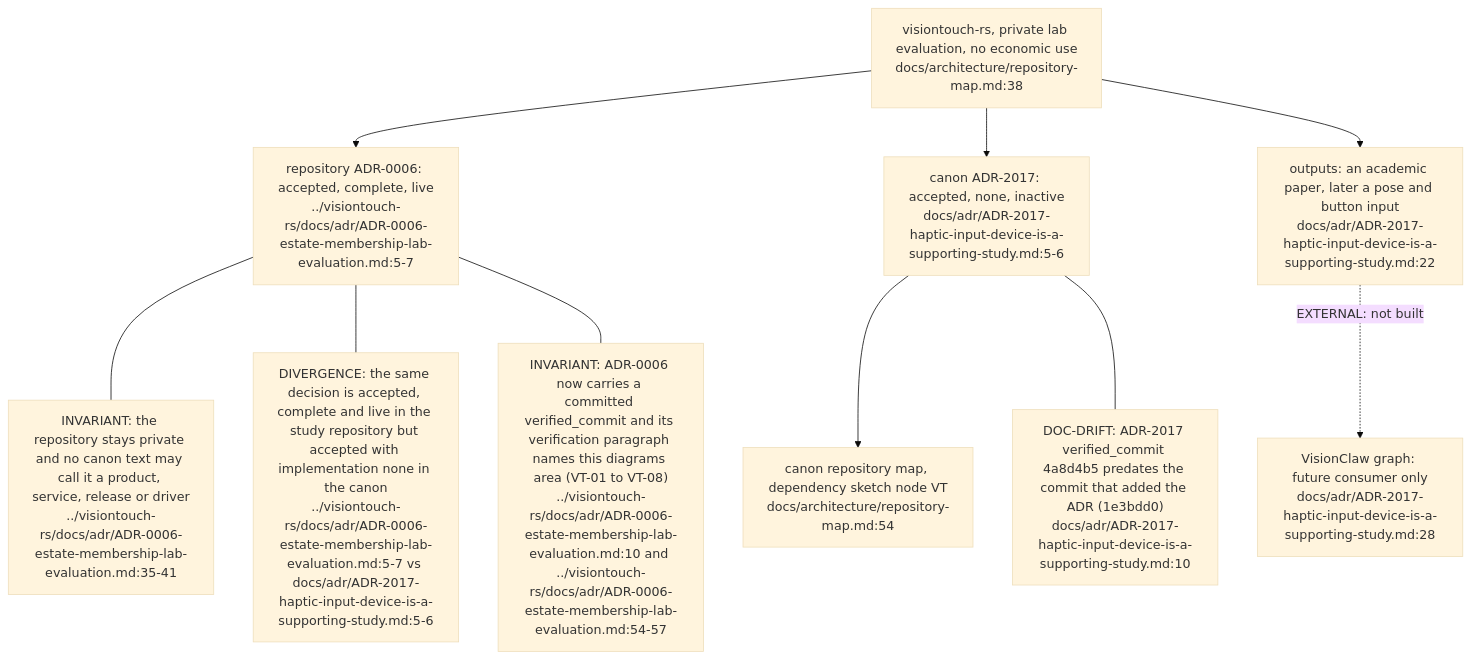
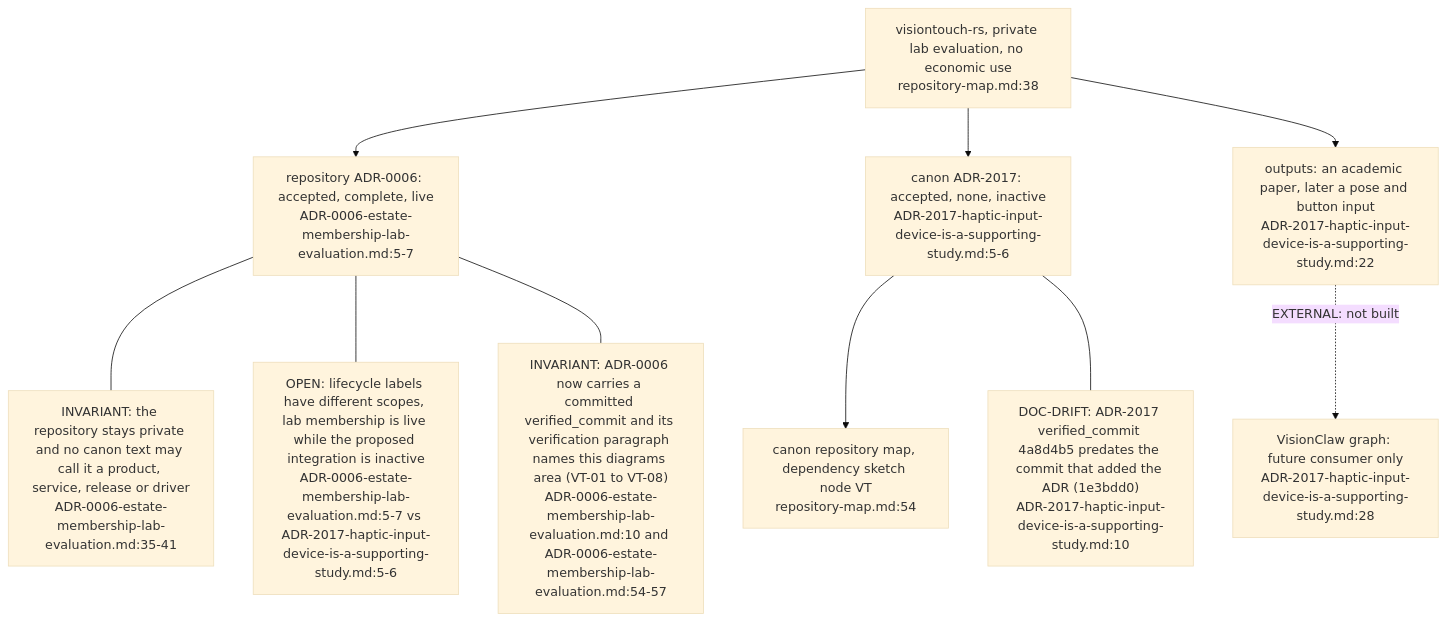
The first of 4 diagrams in docs/diagrams/visiontouch-rs/07-estate-position-and-future-visionclaw-grab-path.md (DreamLab-AI/VisionFlow), drawn with Mermaid (base theme) before and after one commit. The commit also changed other lines of this file and 27 other files, not shown here.

````diff
--- a/docs/diagrams/visiontouch-rs/07-estate-position-and-future-visionclaw-grab-path.md
+++ b/docs/diagrams/visiontouch-rs/07-estate-position-and-future-visionclaw-grab-path.md
@@ -35,22 +37,22 @@
 ```mermaid
 flowchart TB
-    HR["visiontouch-rs, private lab evaluation, no economic use<br/>docs/architecture/repository-map.md:38"]
-    A6["repository ADR-0006: accepted, complete, live<br/>../visiontouch-rs/docs/adr/ADR-0006-estate-membership-lab-evaluation.md:5-7"]
-    A17["canon ADR-2017: accepted, none, inactive<br/>docs/adr/ADR-2017-haptic-input-device-is-a-supporting-study.md:5-6"]
-    MAP["canon repository map, dependency sketch node VT<br/>docs/architecture/repository-map.md:54"]
-    VC["VisionClaw graph: future consumer only<br/>docs/adr/ADR-2017-haptic-input-device-is-a-supporting-study.md:28"]
-    OUT["outputs: an academic paper, later a pose and button input<br/>docs/adr/ADR-2017-haptic-input-device-is-a-supporting-study.md:22"]
+    HR["visiontouch-rs, private lab evaluation, no economic use<br/>repository-map.md:38"]
+    A6["repository ADR-0006: accepted, complete, live<br/>ADR-0006-estate-membership-lab-evaluation.md:5-7"]
+    A17["canon ADR-2017: accepted, none, inactive<br/>ADR-2017-haptic-input-device-is-a-supporting-study.md:5-6"]
+    MAP["canon repository map, dependency sketch node VT<br/>repository-map.md:54"]
+    VC["VisionClaw graph: future consumer only<br/>ADR-2017-haptic-input-device-is-a-supporting-study.md:28"]
+    OUT["outputs: an academic paper, later a pose and button input<br/>ADR-2017-haptic-input-device-is-a-supporting-study.md:22"]
     HR --> A6
     HR --> A17
     A17 --> MAP
     HR --> OUT
     OUT -. "EXTERNAL: not built" .-> VC
-    N1["INVARIANT: the repository stays private and no canon text may call it a product, service, release or driver<br/>../visiontouch-rs/docs/adr/ADR-0006-estate-membership-lab-evaluation.md:35-41"]
-    N2["DIVERGENCE: the same decision is accepted, complete and live in the study repository but accepted with implementation none in the canon<br/>../visiontouch-rs/docs/adr/ADR-0006-estate-membership-lab-evaluation.md:5-7 vs docs/adr/ADR-2017-haptic-input-device-is-a-supporting-study.md:5-6"]
-    N3["DOC-DRIFT: ADR-2017 verified_commit 4a8d4b5 predates the commit that added the ADR (1e3bdd0)<br/>docs/adr/ADR-2017-haptic-input-device-is-a-supporting-study.md:10"]
-    N4["INVARIANT: ADR-0006 now carries a committed verified_commit and its verification paragraph names this diagrams area (VT-01 to VT-08)<br/>../visiontouch-rs/docs/adr/ADR-0006-estate-membership-lab-evaluation.md:10 and ../visiontouch-rs/docs/adr/ADR-0006-estate-membership-lab-evaluation.md:54-57"]
+    N1["INVARIANT: the repository stays private and no canon text may call it a product, service, release or driver<br/>ADR-0006-estate-membership-lab-evaluation.md:35-41"]
+    N2["OPEN: lifecycle labels have different scopes, lab membership is live while the proposed integration is inactive<br/>ADR-0006-estate-membership-lab-evaluation.md:5-7 vs ADR-2017-haptic-input-device-is-a-supporting-study.md:5-6"]
+    N3["DOC-DRIFT: ADR-2017 verified_commit 4a8d4b5 predates the commit that added the ADR (1e3bdd0)<br/>ADR-2017-haptic-input-device-is-a-supporting-study.md:10"]
+    N4["INVARIANT: ADR-0006 now carries a committed verified_commit and its verification paragraph names this diagrams area (VT-01 to VT-08)<br/>ADR-0006-estate-membership-lab-evaluation.md:10 and ADR-0006-estate-membership-lab-evaluation.md:54-57"]
     A6 --- N1
     A6 --- N2
     A17 --- N3
     A6 --- N4
 ```
````
